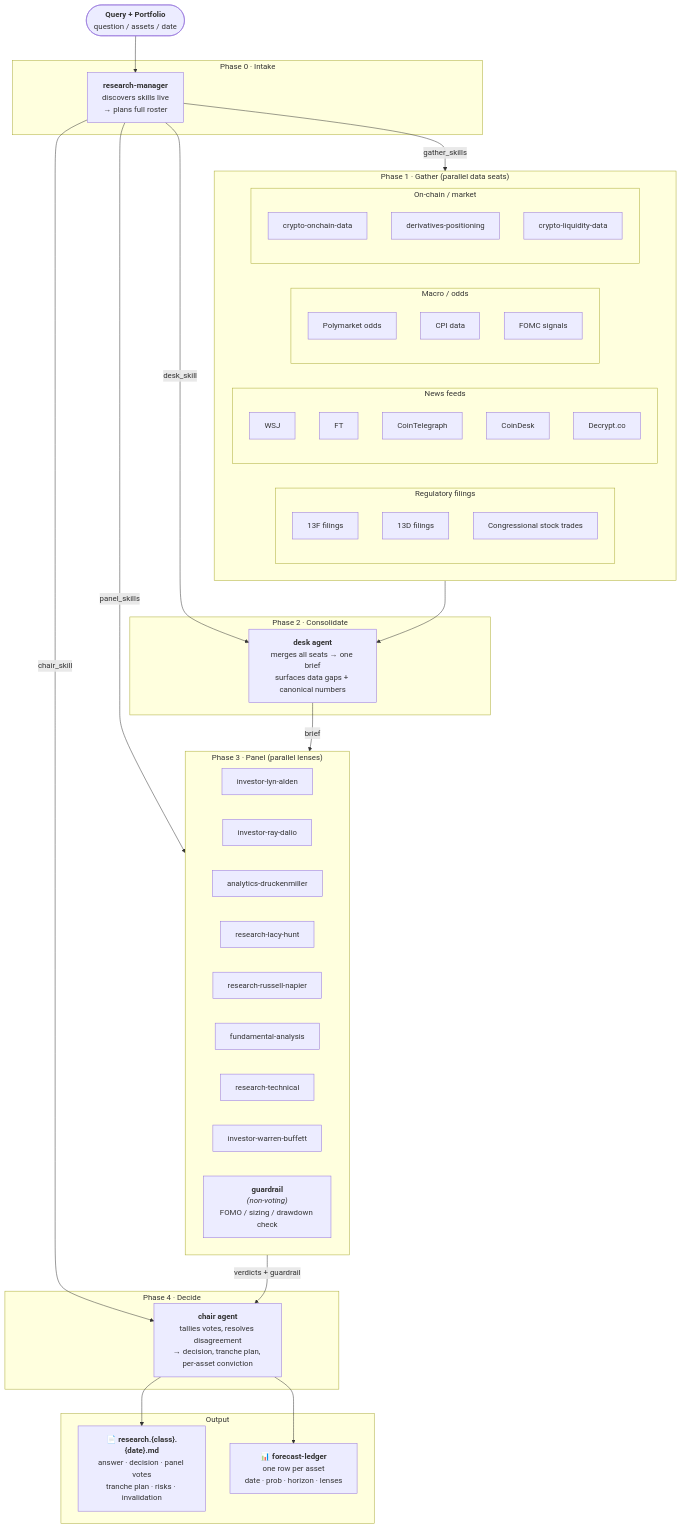
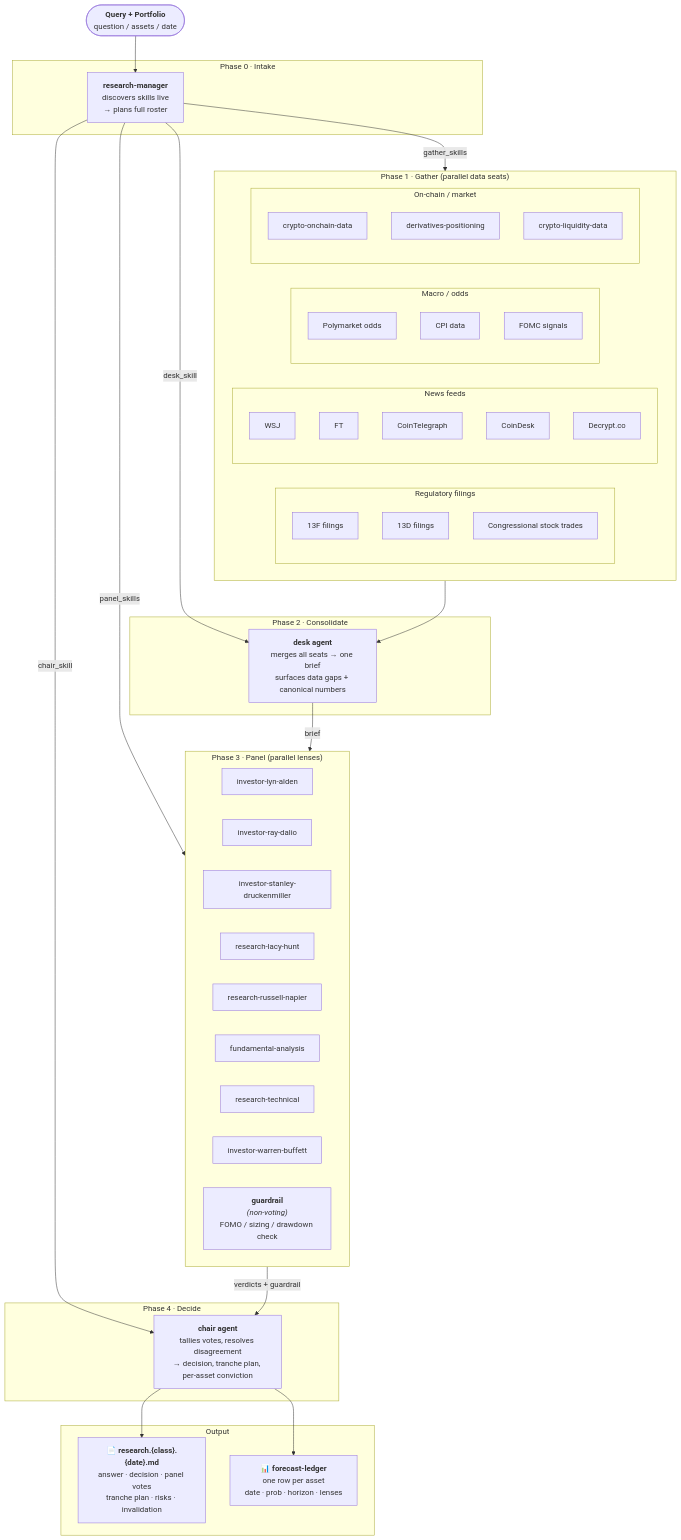
One commit to dzianisv/backtest changed the diagram in research/research-market-workflow.md. Above: the diagram before and after it, drawn with Mermaid. The commit also changed 3 other files, not shown here.

```diff
--- a/research/research-market-workflow.md
+++ b/research/research-market-workflow.md
@@ -56,7 +56,7 @@
         direction LR
         P1[investor-lyn-alden]
         P2[investor-ray-dalio]
-        P3[analytics-druckenmiller]
+        P3[investor-stanley-druckenmiller]
         P4[research-lacy-hunt]
         P5[research-russell-napier]
         P6[fundamental-analysis]
```
